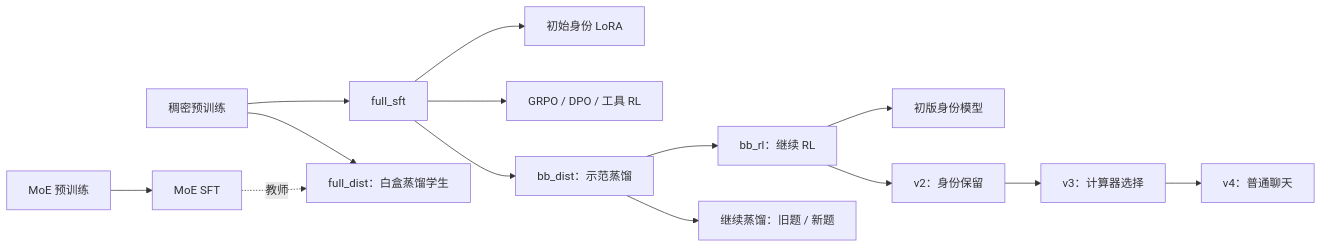
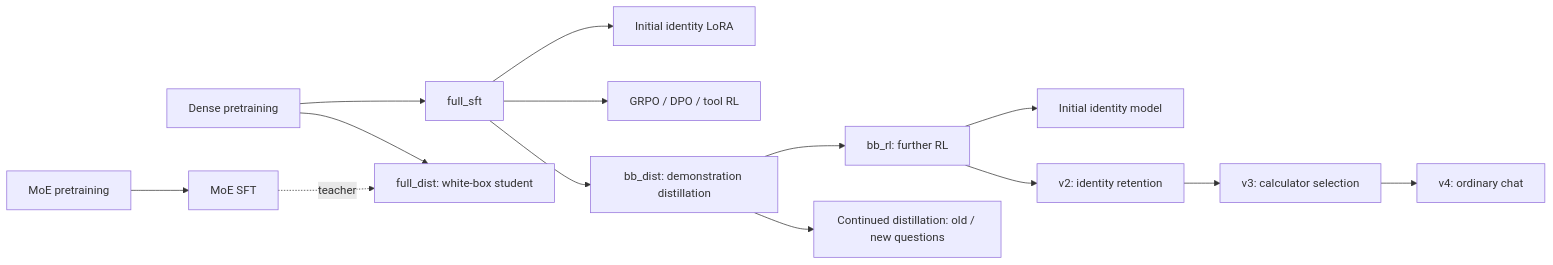
The diagram in README.md (lyy431/minimind-training-eval), drawn with Mermaid before and after one commit. The commit also changed other lines of this file and 3 other files, not shown here.

````diff
--- a/README.md
+++ b/README.md
@@ -178,16 +178,16 @@
 ```mermaid
 flowchart LR
-    P[稠密预训练] --> S[full_sft]
-    S --> I[初始身份 LoRA]
-    S --> G[GRPO / DPO / 工具 RL]
-    S --> D[bb_dist：示范蒸馏]
-    D --> R[bb_rl：继续 RL]
-    D --> C[继续蒸馏：旧题 / 新题]
-    R --> V1[初版身份模型]
-    R --> V2[v2：身份保留]
-    V2 --> V3[v3：计算器选择]
-    V3 --> V4[v4：普通聊天]
-    MP[MoE 预训练] --> M[MoE SFT]
-    P --> W[full_dist：白盒蒸馏学生]
-    M -. 教师 .-> W
+    P[Dense pretraining] --> S[full_sft]
+    S --> I[Initial identity LoRA]
+    S --> G[GRPO / DPO / tool RL]
+    S --> D[bb_dist: demonstration distillation]
+    D --> R[bb_rl: further RL]
+    D --> C[Continued distillation: old / new questions]
+    R --> V1[Initial identity model]
+    R --> V2[v2: identity retention]
+    V2 --> V3[v3: calculator selection]
+    V3 --> V4[v4: ordinary chat]
+    MP[MoE pretraining] --> M[MoE SFT]
+    P --> W[full_dist: white-box student]
+    M -. teacher .-> W
 ```
````
